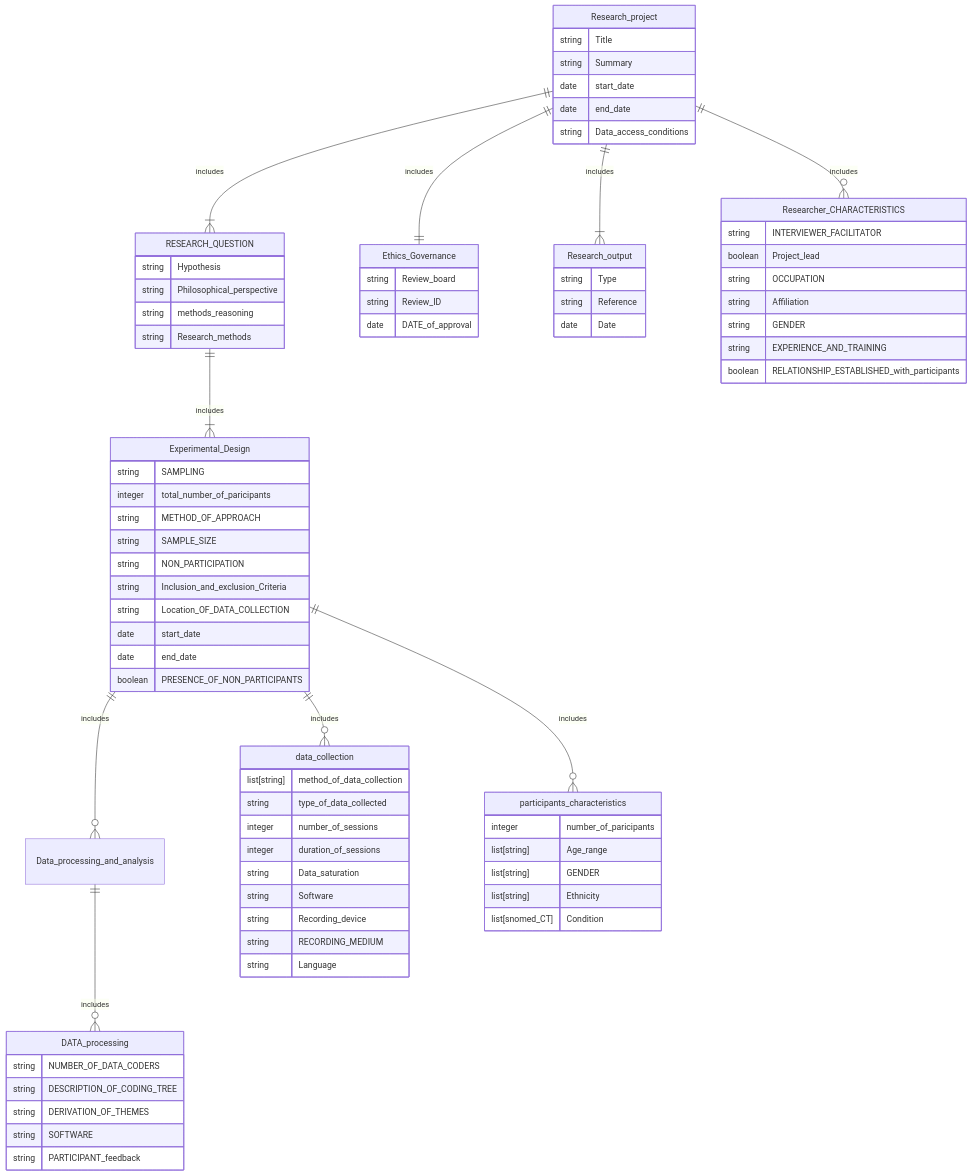
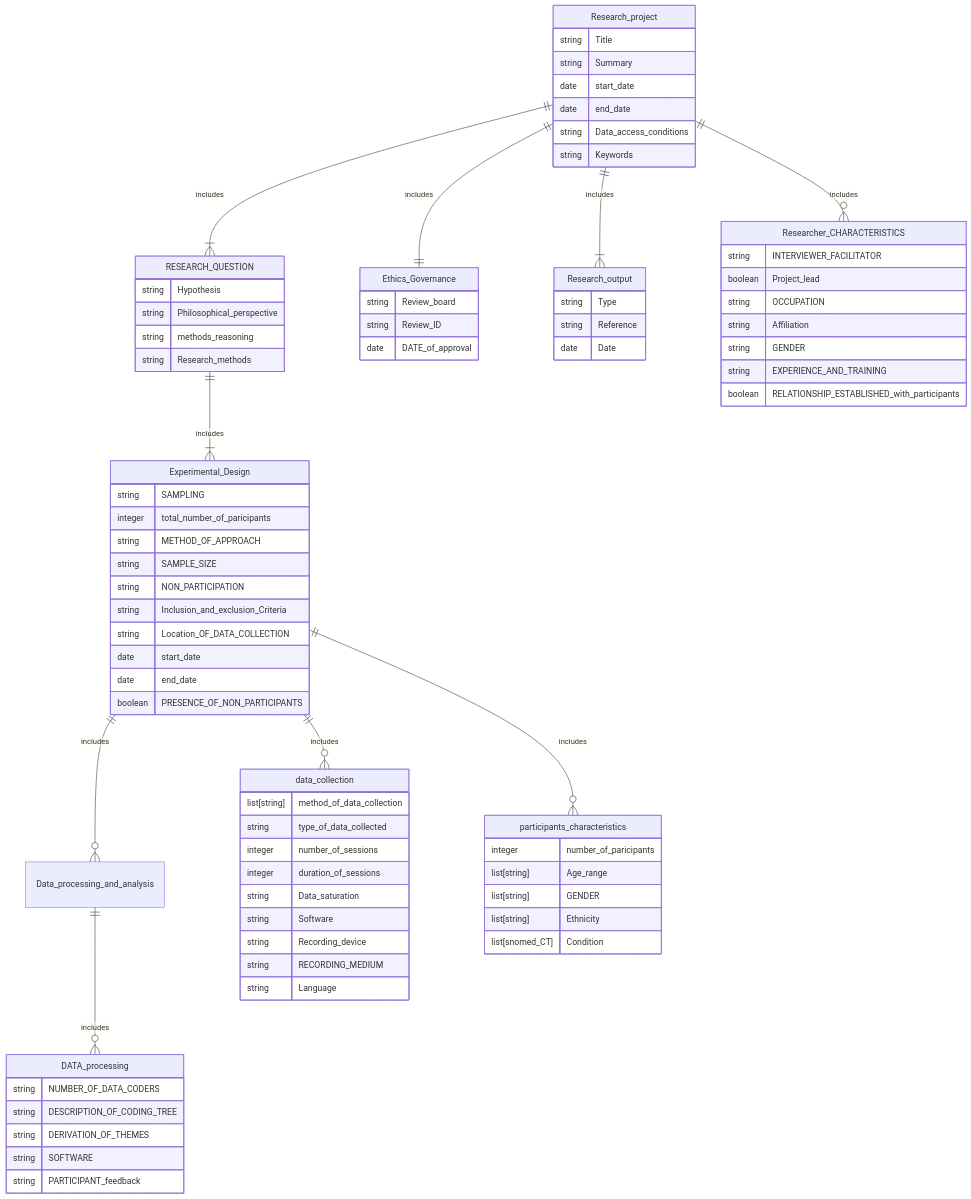
The diagram in Q_fit.md (Sara-Morsy/ELIXIR-HDR_Qualitative_data_management), drawn with Mermaid before and after one commit.

```diff
--- a/Q_fit.md
+++ b/Q_fit.md
@@ -20,6 +20,7 @@
         date start_date
         date end_date
         string Data_access_conditions
+        string Keywords
         
     }
     Research_project ||--|{ Research_output : includes
```
